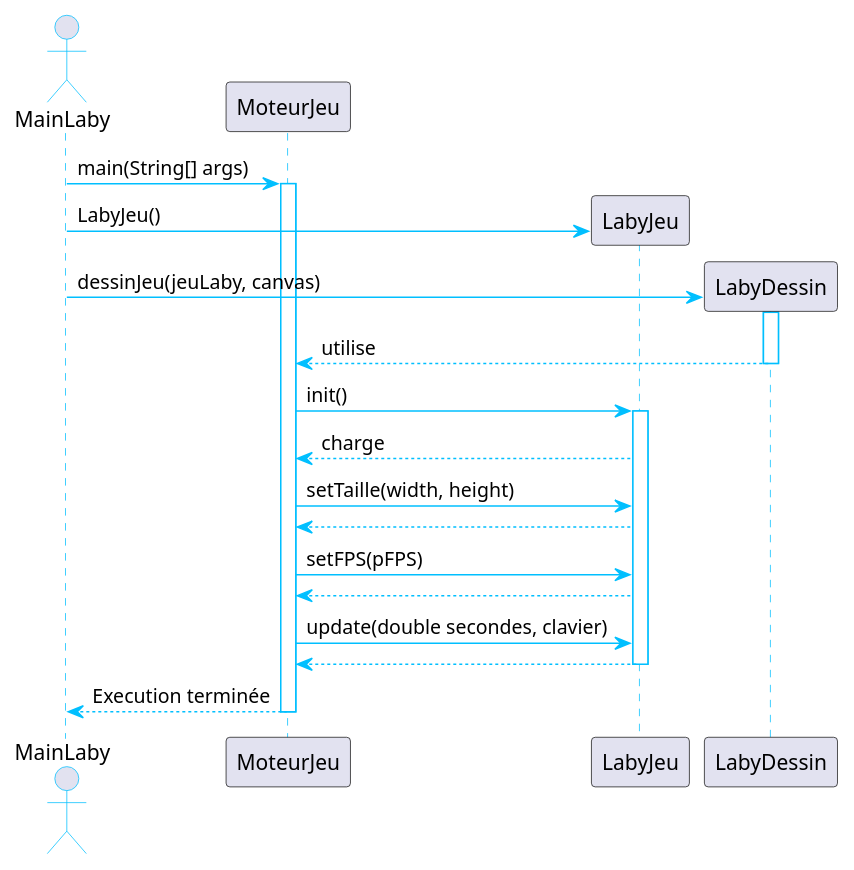
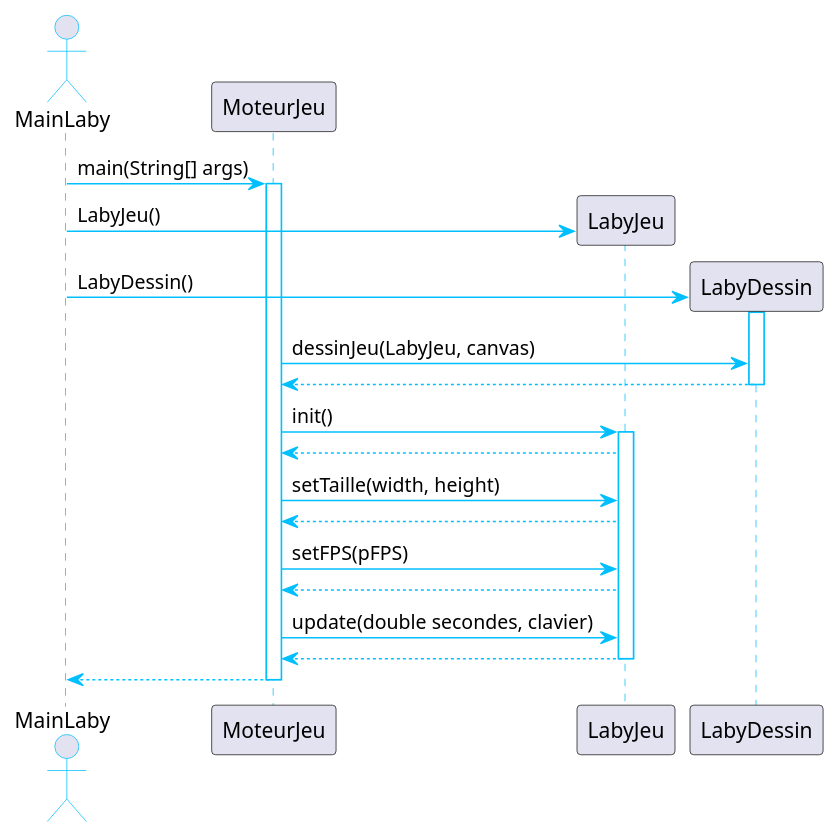
One commit to 1001ms/2023_Zeldiablo_walczak_amaglio_arcelin_berret_brun changed the diagram in documents/version_1/diagSeq_moteur_jeu.puml. Above: the diagram before and after it, drawn with PlantUML. The commit also changed 1 other file, not shown here.

Commit message:
Correction DiagSeq MoteurJeu

```diff
--- a/documents/version_1/diagSeq_moteur_jeu.puml
+++ b/documents/version_1/diagSeq_moteur_jeu.puml
@@ -1,36 +1,37 @@
 @startuml
 'https://plantuml.com/sequence-diagram
 
 ' Activation style
 ' Activation style
 skinparam sequence {
     ArrowColor DeepSkyBlue
     ActorBorderColor DeepSkyBlue
     LifeLineBorderColor DeepSkyBlue
 }
 
 actor MainLaby
 
 MainLaby -> MoteurJeu: main(String[] args)
 activate MoteurJeu
 create LabyJeu
 MainLaby -> LabyJeu : LabyJeu()
 create LabyDessin
-MainLaby -> LabyDessin: dessinJeu(jeuLaby, canvas)
+MainLaby -> LabyDessin: LabyDessin()
 activate LabyDessin
-LabyDessin --> MoteurJeu: utilise
+MoteurJeu -> LabyDessin: dessinJeu(LabyJeu, canvas)
+LabyDessin --> MoteurJeu
 deactivate LabyDessin
 MoteurJeu -> LabyJeu: init()
 activate LabyJeu
-LabyJeu --> MoteurJeu: charge
+LabyJeu --> MoteurJeu
 MoteurJeu -> LabyJeu: setTaille(width, height)
 MoteurJeu <-- LabyJeu
 MoteurJeu -> LabyJeu: setFPS(pFPS)
 MoteurJeu <-- LabyJeu
 MoteurJeu -> LabyJeu: update(double secondes, clavier)
 MoteurJeu <-- LabyJeu
 deactivate LabyJeu
-MainLaby <-- MoteurJeu: Execution terminée
+MainLaby <-- MoteurJeu:
 deactivate MoteurJeu
 
 @enduml
```
